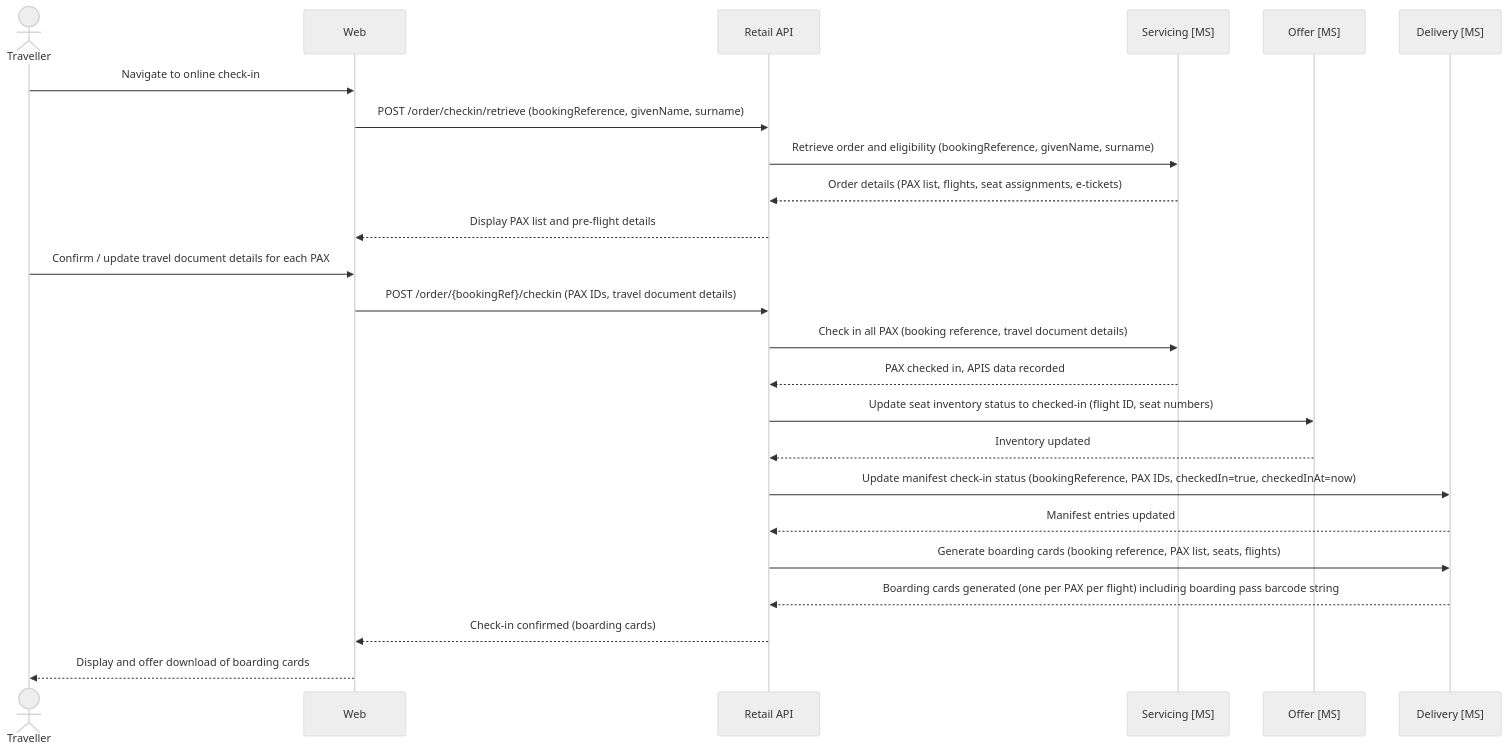
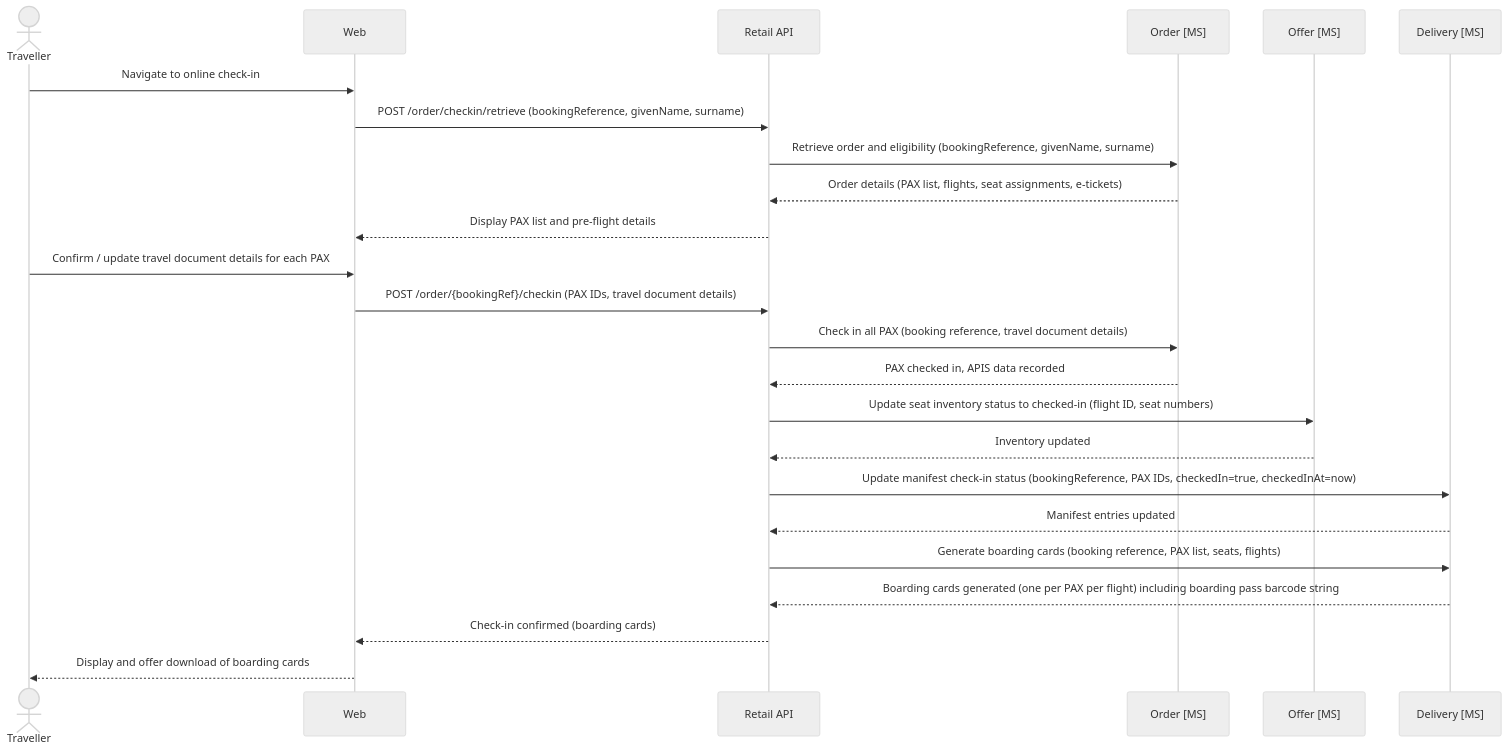
Before and after one commit to sebharvey/airline-reservation-system: the sixth of 7 diagrams in architecture/design.md, drawn with Mermaid (neutral theme). The commit also changed other lines of this file, not shown here.

First line of the commit message:
Revise Order concept and remove Servicing service

````diff
--- a/architecture/design.md
+++ b/architecture/design.md
@@ -596,35 +588,35 @@
 ```mermaid
 sequenceDiagram
     actor Traveller
     participant Web
     participant RetailAPI as Retail API
-    participant ServicingMS as Servicing [MS]
+    participant OrderMS as Order [MS]
     participant OfferMS as Offer [MS]
     participant DeliveryMS as Delivery [MS]
 
     Traveller->>Web: Navigate to online check-in
 
     Web->>RetailAPI: POST /order/checkin/retrieve (bookingReference, givenName, surname)
-    RetailAPI->>ServicingMS: Retrieve order and eligibility (bookingReference, givenName, surname)
-    ServicingMS-->>RetailAPI: Order details (PAX list, flights, seat assignments, e-tickets)
+    RetailAPI->>OrderMS: Retrieve order and eligibility (bookingReference, givenName, surname)
+    OrderMS-->>RetailAPI: Order details (PAX list, flights, seat assignments, e-tickets)
     RetailAPI-->>Web: Display PAX list and pre-flight details
 
     Traveller->>Web: Confirm / update travel document details for each PAX
 
     Web->>RetailAPI: POST /order/{bookingRef}/checkin (PAX IDs, travel document details)
 
-    RetailAPI->>ServicingMS: Check in all PAX (booking reference, travel document details)
-    ServicingMS-->>RetailAPI: PAX checked in, APIS data recorded
+    RetailAPI->>OrderMS: Check in all PAX (booking reference, travel document details)
+    OrderMS-->>RetailAPI: PAX checked in, APIS data recorded
 
     RetailAPI->>OfferMS: Update seat inventory status to checked-in (flight ID, seat numbers)
     OfferMS-->>RetailAPI: Inventory updated
 
     RetailAPI->>DeliveryMS: Update manifest check-in status (bookingReference, PAX IDs, checkedIn=true, checkedInAt=now)
     DeliveryMS-->>RetailAPI: Manifest entries updated
 
     RetailAPI->>DeliveryMS: Generate boarding cards (booking reference, PAX list, seats, flights)
     DeliveryMS-->>RetailAPI: Boarding cards generated (one per PAX per flight) including boarding pass barcode string
 
     RetailAPI-->>Web: Check-in confirmed (boarding cards)
     Web-->>Traveller: Display and offer download of boarding cards
 ```
````
